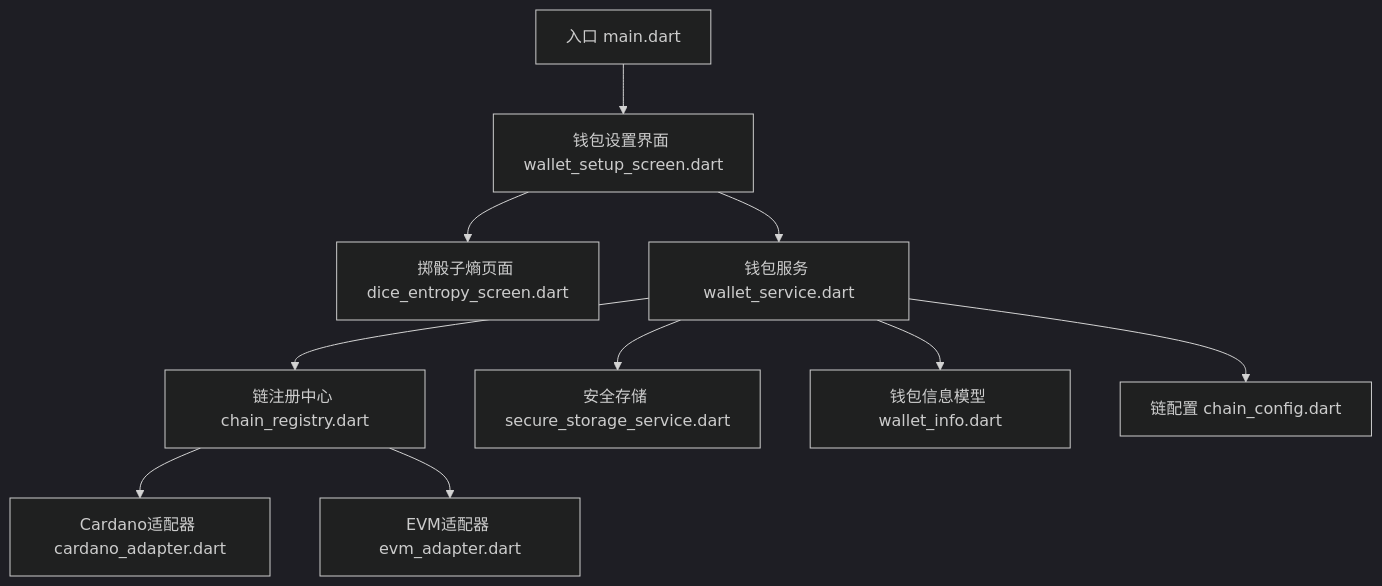
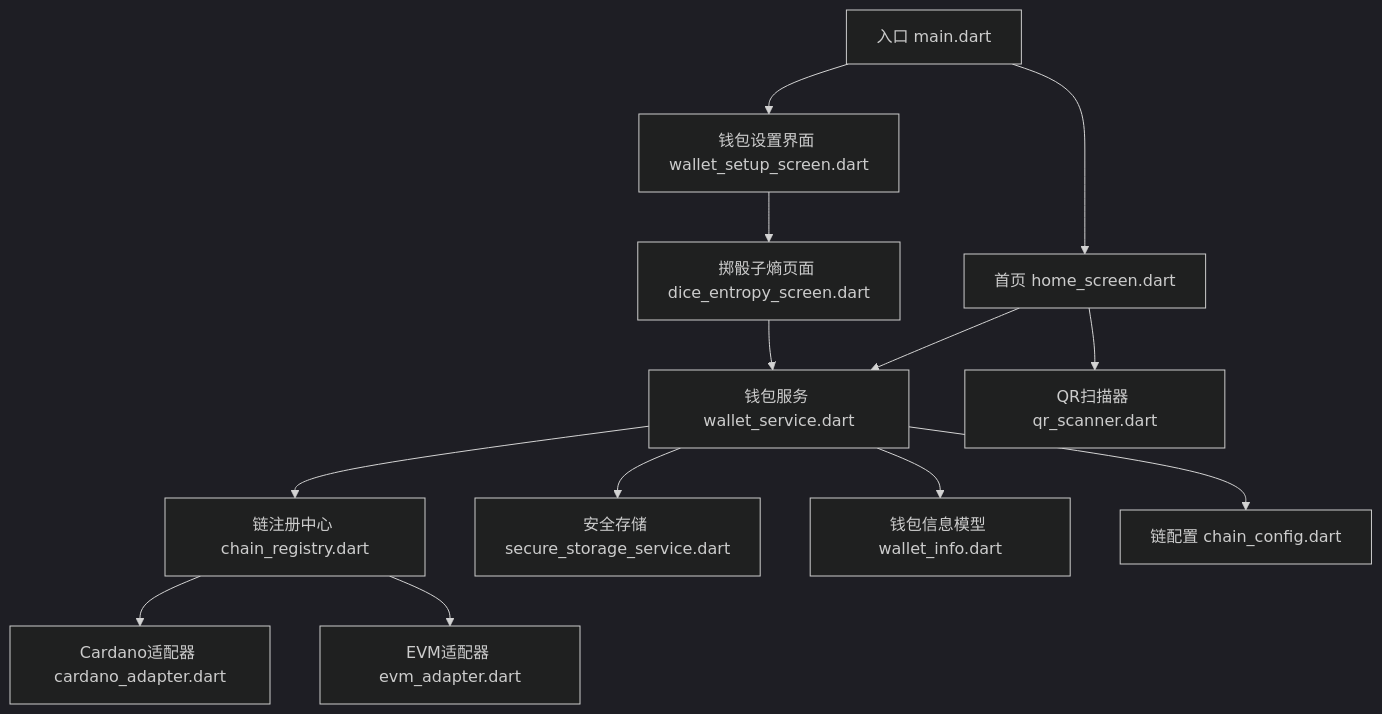
Before and after one commit to EqualToEthan/stasis: the first of 7 diagrams in .qoder/repowiki/zh/content/用户界面/冷钱包App界面/钱包设置界面.md, drawn with Mermaid (dark theme). The commit also changed other lines of this file and 60 other files, not shown here.

````diff
--- a/.qoder/repowiki/zh/content/用户界面/冷钱包App界面/钱包设置界面.md
+++ b/.qoder/repowiki/zh/content/用户界面/冷钱包App界面/钱包设置界面.md
@@ -59,12 +64,15 @@
 ```mermaid
 graph TB
 A["入口 main.dart"] --> B["钱包设置界面 wallet_setup_screen.dart"]
-B --> C["掷骰子熵页面 dice_entropy_screen.dart"]
-B --> D["钱包服务 wallet_service.dart"]
-D --> E["链注册中心 chain_registry.dart"]
-E --> F["Cardano适配器 cardano_adapter.dart"]
-E --> G["EVM适配器 evm_adapter.dart"]
-D --> H["安全存储 secure_storage_service.dart"]
-D --> I["钱包信息模型 wallet_info.dart"]
-D --> J["链配置 chain_config.dart"]
+A --> C["首页 home_screen.dart"]
+B --> D["掷骰子熵页面 dice_entropy_screen.dart"]
+C --> E["钱包服务 wallet_service.dart"]
+D --> E
+E --> F["链注册中心 chain_registry.dart"]
+F --> G["Cardano适配器 cardano_adapter.dart"]
+F --> H["EVM适配器 evm_adapter.dart"]
+E --> I["安全存储 secure_storage_service.dart"]
+E --> J["钱包信息模型 wallet_info.dart"]
+E --> K["链配置 chain_config.dart"]
+C --> L["QR扫描器 qr_scanner.dart"]
 ```
````
